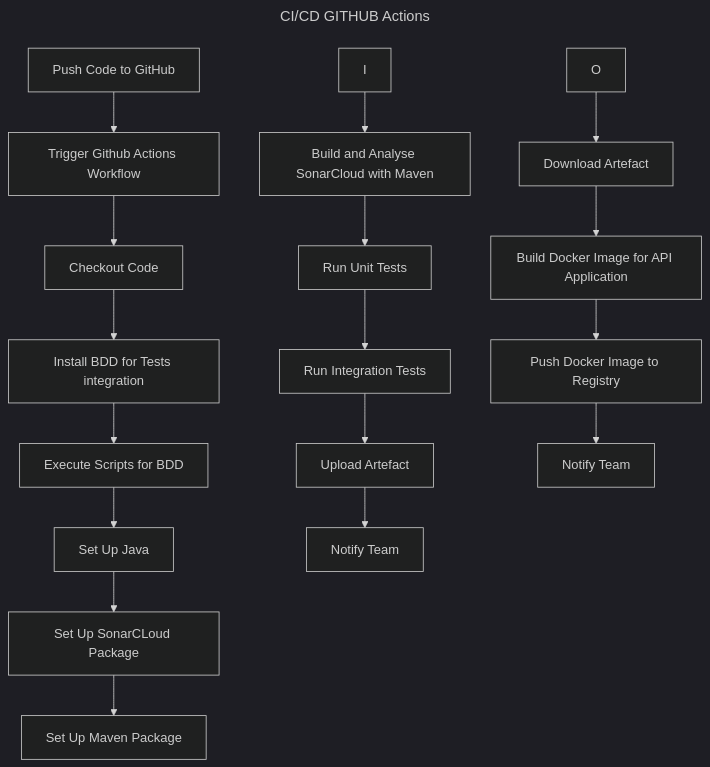
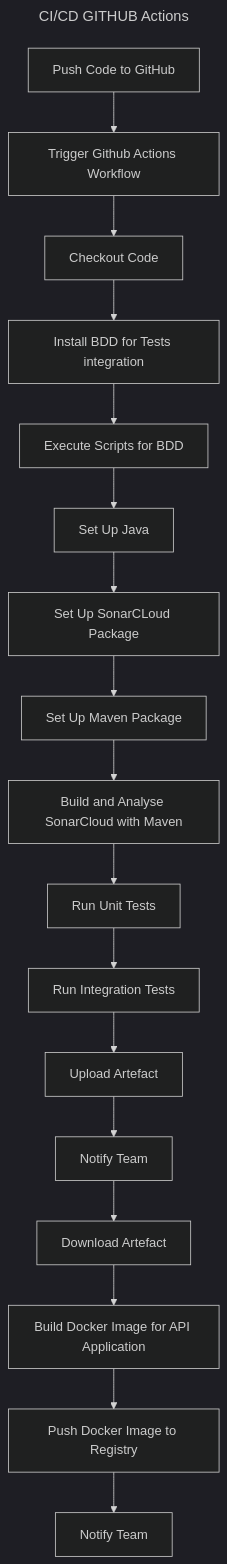
Before and after one commit to neojero/apiSpringboot2025: the diagram in README.md, drawn with Mermaid (dark theme).

Commit message:
ajout README + MERMAID

````diff
--- a/README.md
+++ b/README.md
@@ -1,22 +1,22 @@
 ```mermaid
 ---
 title : CI/CD GITHUB Actions
 ---
 graph TD
     A[Push Code to GitHub] --> B[Trigger Github Actions Workflow]
     B --> C[Checkout Code]
     C --> D[Install BDD for Tests integration]
     D --> E[Execute Scripts for BDD]
     E --> F[Set Up Java]
     F --> G[Set Up SonarCLoud Package]
     G --> H[Set Up Maven Package]
-    I --> J[Build and Analyse SonarCloud with Maven]
-    J --> K[Run Unit Tests]
-    K --> L[Run Integration Tests]
-    L --> M[Upload Artefact]
-    M --> N[Notify Team]
-    O --> P[Download Artefact] 
-    P --> Q[Build Docker Image for API Application]
-    Q --> R[Push Docker Image to Registry]
-    R --> S[Notify Team]
+    H --> I[Build and Analyse SonarCloud with Maven]
+    I --> J[Run Unit Tests]
+    J --> K[Run Integration Tests]
+    K --> L[Upload Artefact]
+    L --> M[Notify Team]
+    M --> N[Download Artefact] 
+    N --> O[Build Docker Image for API Application]
+    O --> P[Push Docker Image to Registry]
+    P --> Q[Notify Team]
 ```
````
